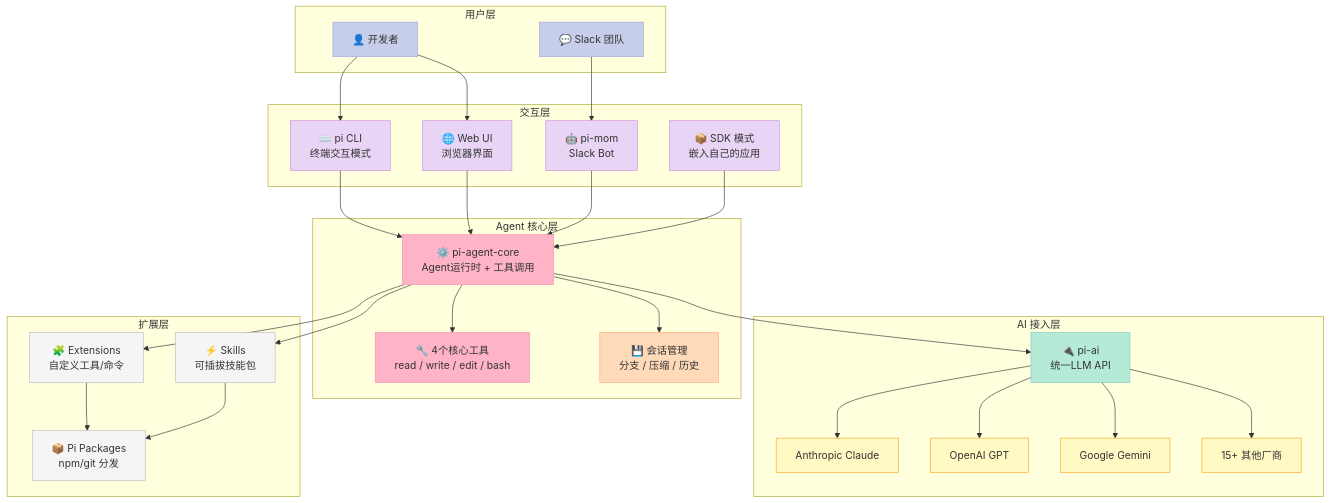
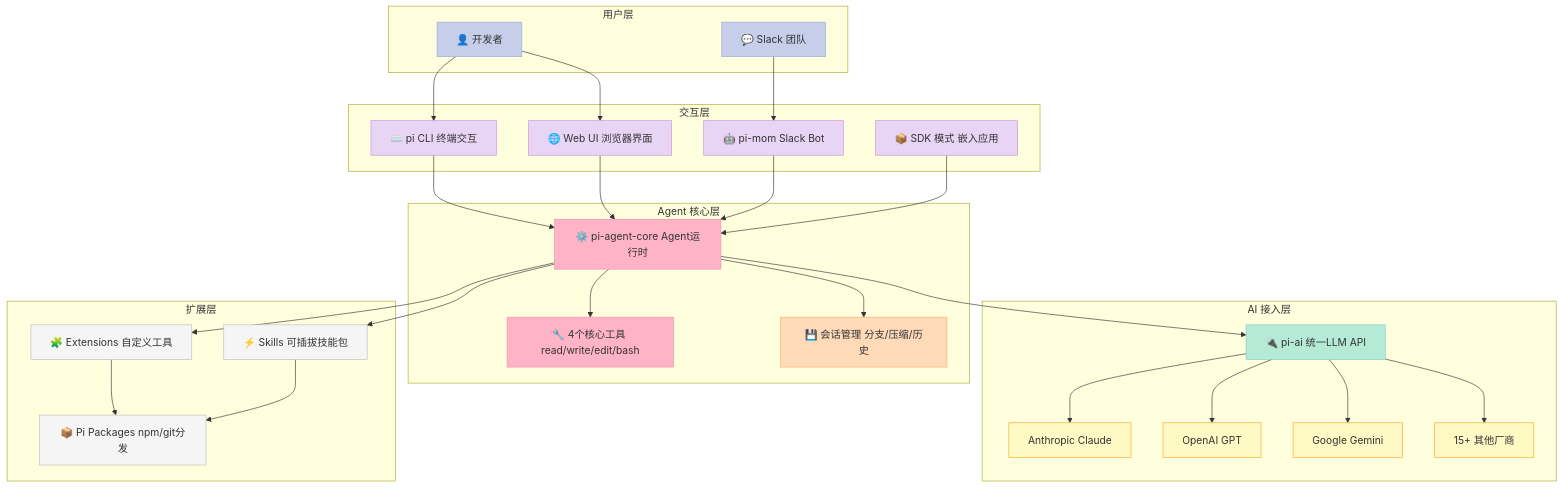
One commit to xuqi2024/xuqi2024.github.io changed the first of 3 diagrams in source/_posts/2026-04-15-pi-mono-deep-dive.md. Above: the diagram before and after it, drawn with Mermaid. The commit also changed other lines of this file and 22 other files, not shown here.

````diff
--- a/source/_posts/2026-04-15-pi-mono-deep-dive.md
+++ b/source/_posts/2026-04-15-pi-mono-deep-dive.md
@@ -59,68 +59,68 @@
 ```mermaid
 graph TB
     subgraph "用户层"
         U["👤 开发者"]
         S["💬 Slack 团队"]
     end
 
     subgraph "交互层"
-        CLI["⌨️ pi CLI\n终端交互模式"]
-        WEB["🌐 Web UI\n浏览器界面"]
-        MOM["🤖 pi-mom\nSlack Bot"]
-        SDK["📦 SDK 模式\n嵌入自己的应用"]
+        CLI["⌨️ pi CLI 终端交互"]
+        WEB["🌐 Web UI 浏览器界面"]
+        MOM["🤖 pi-mom Slack Bot"]
+        SDK["📦 SDK 模式 嵌入应用"]
     end
 
     subgraph "Agent 核心层"
-        CORE["⚙️ pi-agent-core\nAgent运行时 + 工具调用"]
-        TOOLS["🔧 4个核心工具\nread / write / edit / bash"]
-        SESSION["💾 会话管理\n分支 / 压缩 / 历史"]
+        CORE["⚙️ pi-agent-core Agent运行时"]
+        TOOLS["🔧 4个核心工具 read/write/edit/bash"]
+        SESSION["💾 会话管理 分支/压缩/历史"]
     end
 
     subgraph "AI 接入层"
-        AI["🔌 pi-ai\n统一LLM API"]
+        AI["🔌 pi-ai 统一LLM API"]
         P1["Anthropic Claude"]
         P2["OpenAI GPT"]
         P3["Google Gemini"]
         P4["15+ 其他厂商"]
     end
 
     subgraph "扩展层"
-        EXT["🧩 Extensions\n自定义工具/命令"]
-        SKILLS["⚡ Skills\n可插拔技能包"]
-        PKG["📦 Pi Packages\nnpm/git 分发"]
+        EXT["🧩 Extensions 自定义工具"]
+        SKILLS["⚡ Skills 可插拔技能包"]
+        PKG["📦 Pi Packages npm/git分发"]
     end
 
     U --> CLI
     U --> WEB
     S --> MOM
     CLI --> CORE
     WEB --> CORE
     MOM --> CORE
     SDK --> CORE
     CORE --> TOOLS
     CORE --> SESSION
     CORE --> AI
     AI --> P1 & P2 & P3 & P4
     CORE --> EXT
     CORE --> SKILLS
     EXT --> PKG
     SKILLS --> PKG
 
     style U fill:#C7CEEA,stroke:#9FA8DA,color:#333
     style S fill:#C7CEEA,stroke:#9FA8DA,color:#333
     style CLI fill:#E8D5F5,stroke:#CE93D8,color:#333
     style WEB fill:#E8D5F5,stroke:#CE93D8,color:#333
     style MOM fill:#E8D5F5,stroke:#CE93D8,color:#333
     style SDK fill:#E8D5F5,stroke:#CE93D8,color:#333
     style CORE fill:#FFB3C6,stroke:#F48FB1,color:#333
     style TOOLS fill:#FFB3C6,stroke:#F48FB1,color:#333
     style SESSION fill:#FFDAB9,stroke:#FFAB76,color:#333
     style AI fill:#B5EAD7,stroke:#80CBC4,color:#333
     style P1 fill:#FFF9C4,stroke:#F9A825,color:#333
     style P2 fill:#FFF9C4,stroke:#F9A825,color:#333
     style P3 fill:#FFF9C4,stroke:#F9A825,color:#333
     style P4 fill:#FFF9C4,stroke:#F9A825,color:#333
     style EXT fill:#F5F5F5,stroke:#BDBDBD,color:#333
     style SKILLS fill:#F5F5F5,stroke:#BDBDBD,color:#333
     style PKG fill:#F5F5F5,stroke:#BDBDBD,color:#333
 ```
````
